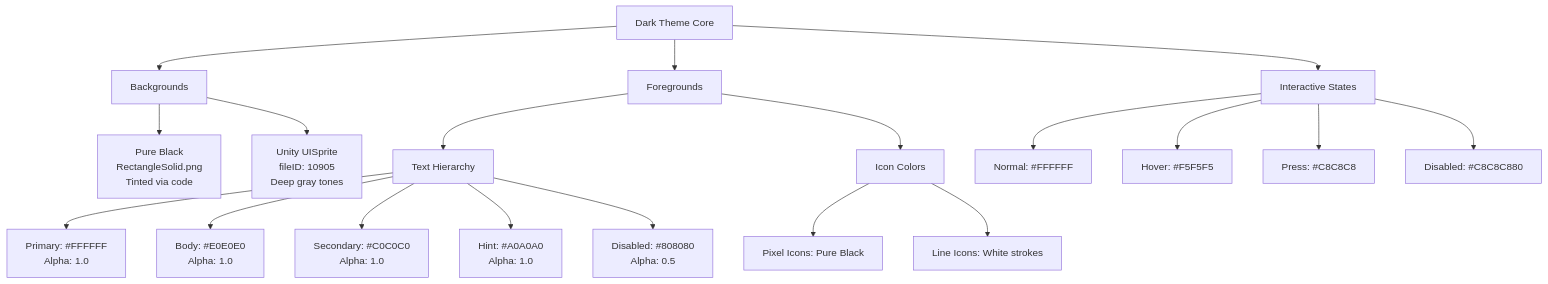
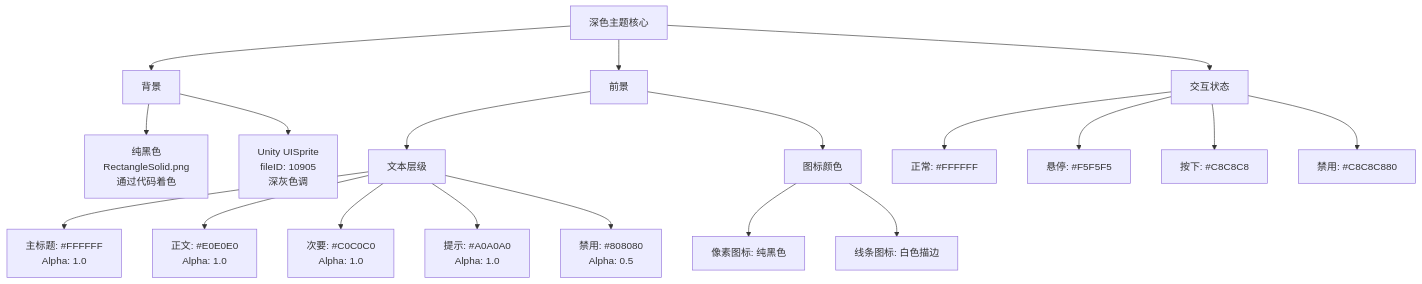
Before and after one commit to zlex001/LOA-Client: the first of 2 diagrams in Documents/System/UI设计风格分析.md, drawn with Mermaid. The commit also changed other lines of this file and 2 other files, not shown here.

````diff
--- a/Documents/System/UI设计风格分析.md
+++ b/Documents/System/UI设计风格分析.md
@@ -229,28 +229,28 @@
 ```mermaid
 graph TD
-    DarkTheme[Dark Theme Core]
+    DarkTheme[深色主题核心]
     
-    DarkTheme --> Backgrounds[Backgrounds]
-    DarkTheme --> Foregrounds[Foregrounds]
-    DarkTheme --> Interactive[Interactive States]
+    DarkTheme --> Backgrounds[背景]
+    DarkTheme --> Foregrounds[前景]
+    DarkTheme --> Interactive[交互状态]
     
-    Backgrounds --> BG1["Pure Black<br/>RectangleSolid.png<br/>Tinted via code"]
-    Backgrounds --> BG2["Unity UISprite<br/>fileID: 10905<br/>Deep gray tones"]
+    Backgrounds --> BG1["纯黑色<br/>RectangleSolid.png<br/>通过代码着色"]
+    Backgrounds --> BG2["Unity UISprite<br/>fileID: 10905<br/>深灰色调"]
     
-    Foregrounds --> Text[Text Hierarchy]
-    Foregrounds --> Icons[Icon Colors]
+    Foregrounds --> Text[文本层级]
+    Foregrounds --> Icons[图标颜色]
     
-    Text --> T1["Primary: #FFFFFF<br/>Alpha: 1.0"]
-    Text --> T2["Body: #E0E0E0<br/>Alpha: 1.0"]
-    Text --> T3["Secondary: #C0C0C0<br/>Alpha: 1.0"]
-    Text --> T4["Hint: #A0A0A0<br/>Alpha: 1.0"]
-    Text --> T5["Disabled: #808080<br/>Alpha: 0.5"]
+    Text --> T1["主标题: #FFFFFF<br/>Alpha: 1.0"]
+    Text --> T2["正文: #E0E0E0<br/>Alpha: 1.0"]
+    Text --> T3["次要: #C0C0C0<br/>Alpha: 1.0"]
+    Text --> T4["提示: #A0A0A0<br/>Alpha: 1.0"]
+    Text --> T5["禁用: #808080<br/>Alpha: 0.5"]
     
-    Icons --> IC1["Pixel Icons: Pure Black"]
-    Icons --> IC2["Line Icons: White strokes"]
+    Icons --> IC1["像素图标: 纯黑色"]
+    Icons --> IC2["线条图标: 白色描边"]
     
-    Interactive --> Normal["Normal: #FFFFFF"]
-    Interactive --> Hover["Hover: #F5F5F5"]
-    Interactive --> Press["Press: #C8C8C8"]
-    Interactive --> Disabled["Disabled: #C8C8C880"]
+    Interactive --> Normal["正常: #FFFFFF"]
+    Interactive --> Hover["悬停: #F5F5F5"]
+    Interactive --> Press["按下: #C8C8C8"]
+    Interactive --> Disabled["禁用: #C8C8C880"]
 ```
````
